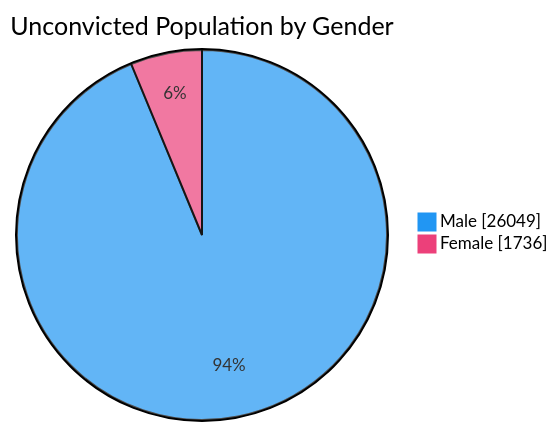
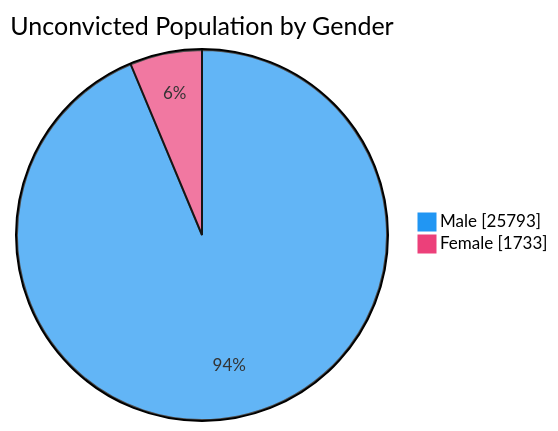
Before and after one commit to nuuuwan/lk_prisons: the fourth of 7 diagrams in README.md, drawn with Mermaid. The commit also changed other lines of this file and 1 other file, not shown here.

````diff
--- a/README.md
+++ b/README.md
@@ -76,6 +76,6 @@
 ```mermaid
 %%{init: {'themeVariables': {'pie1': '#2196F3', 'pie2': '#EC407A'}}}%%
 pie showData title Unconvicted Population by Gender
-    "Male" : 26049
-    "Female" : 1736
+    "Male" : 25793
+    "Female" : 1733
 ```
````
